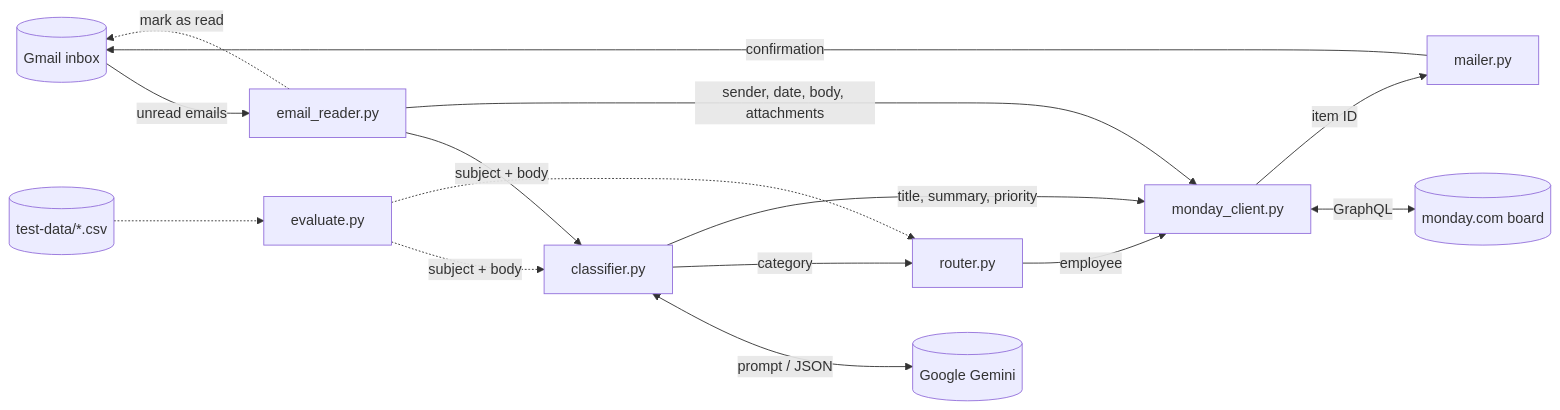
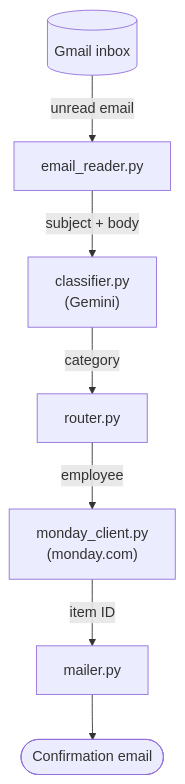
One commit to AlisiyaR/heido-ai-triage-code changed the first of 2 diagrams in docs/ARCHITECTURE.md. Above: the diagram before and after it, drawn with Mermaid. The commit also changed other lines of this file, not shown here.

Commit message:
Split data flow into two top-down diagrams

````diff
--- a/docs/ARCHITECTURE.md
+++ b/docs/ARCHITECTURE.md
@@ -19,18 +21,9 @@
 ```mermaid
-flowchart LR
-    G[(Gmail inbox)] -->|unread emails| R[email_reader.py]
-    R -->|subject + body| C[classifier.py]
-    C <-->|prompt / JSON| AI[(Google Gemini)]
+flowchart TD
+    G[(Gmail inbox)] -->|unread email| R[email_reader.py]
+    R -->|subject + body| C["classifier.py<br/>(Gemini)"]
     C -->|category| RT[router.py]
-    RT -->|employee| M[monday_client.py]
-    C -->|title, summary, priority| M
-    R -->|sender, date, body, attachments| M
-    M <-->|GraphQL| MB[(monday.com board)]
+    RT -->|employee| M["monday_client.py<br/>(monday.com)"]
     M -->|item ID| ML[mailer.py]
-    ML -->|confirmation| G
-    R -.->|mark as read| G
-
-    T[("test-data/*.csv")] -.-> E[evaluate.py]
-    E -.->|subject + body| C
-    E -.-> RT
+    ML --> CE([Confirmation email])
 ```
````
